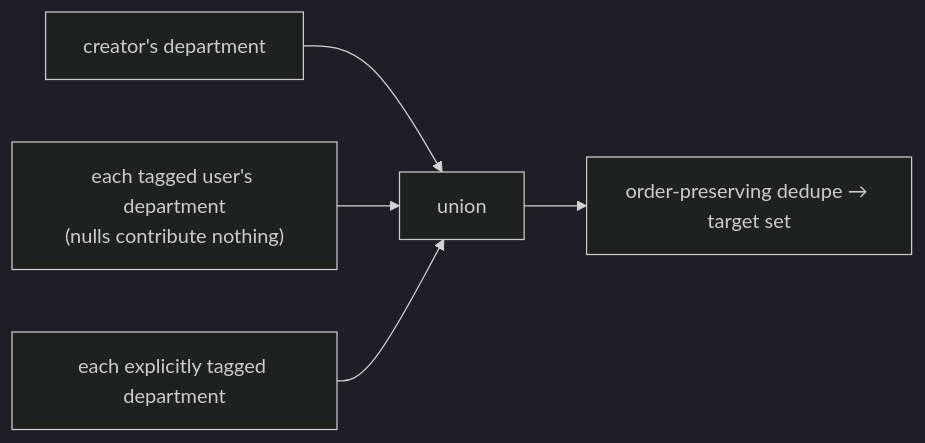
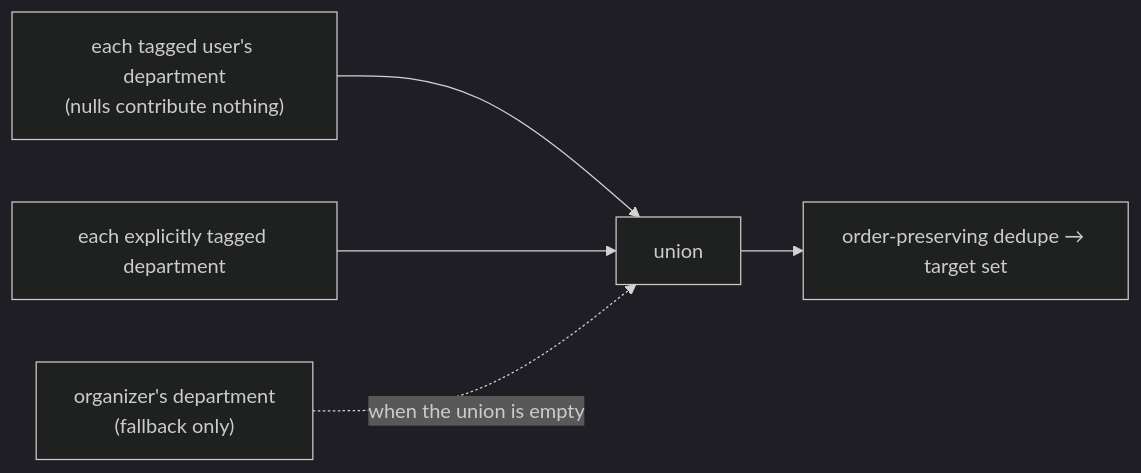
The second of 4 diagrams in docs/event-lifecycle.md (oncloudnintynineone-source/cloudy2), drawn with Mermaid (dark theme) before and after one commit. The commit also changed other lines of this file and 10 other files, not shown here.

Commit message:
fix(events): don't place events in the organizer's department unless they're a participant

````diff
--- a/docs/event-lifecycle.md
+++ b/docs/event-lifecycle.md
@@ -375,7 +375,7 @@
 ```mermaid
 flowchart LR
- C["creator's department"] --> U["union"]
- U2["each tagged user's department<br/>(nulls contribute nothing)"] --> U
+ U2["each tagged user's department<br/>(nulls contribute nothing)"] --> U["union"]
  D["each explicitly tagged department"] --> U
  U --> R["order-preserving dedupe → target set"]
+ C["organizer's department<br/>(fallback only)"] -. "when the union is empty" .-> U
 ```
````
